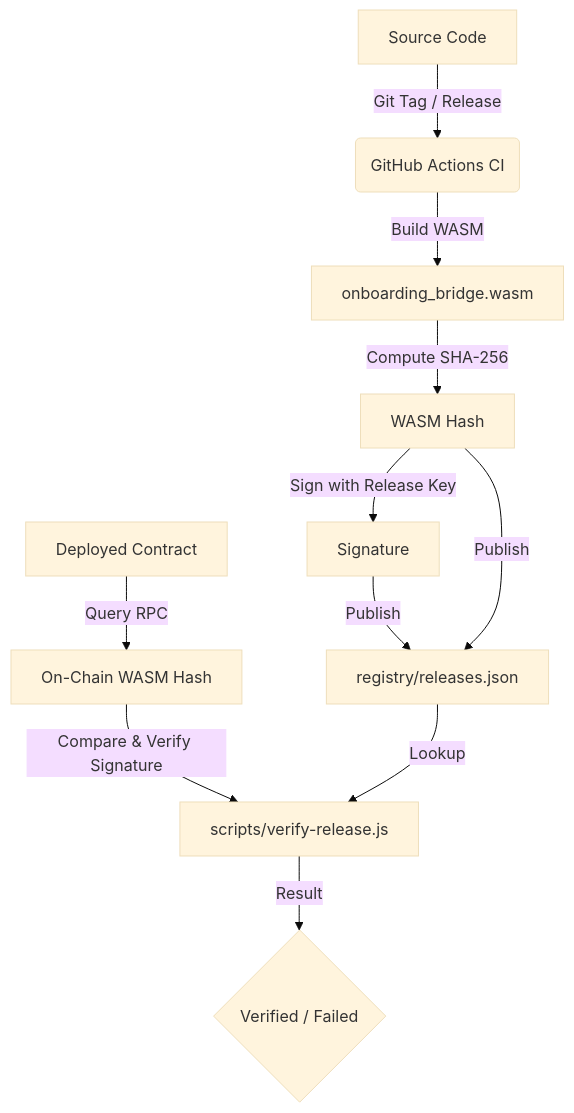
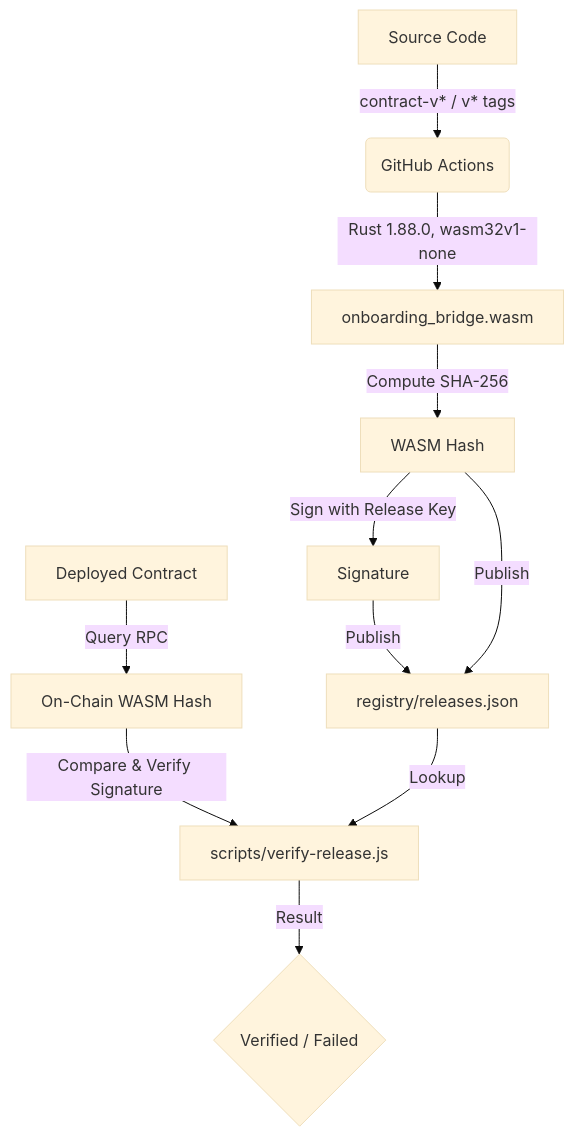
Before and after one commit to C-Address-Onboarding-Bridge/C-Address-Onboarding-Bridge--Contract: the diagram in WASM_VERIFICATION.md, drawn with Mermaid (base theme). The commit also changed other lines of this file and 5 other files, not shown here.

First line of the commit message:
fix(release): verify canonical Soroban WASM artifact

````diff
--- a/WASM_VERIFICATION.md
+++ b/WASM_VERIFICATION.md
@@ -11,13 +11,13 @@
 ```mermaid
 graph TD
-    A[Source Code] -->|Git Tag / Release| B(GitHub Actions CI)
-    B -->|Build WASM| C[onboarding_bridge.wasm]
+    A[Source Code] -->|contract-v* / v* tags| B(GitHub Actions)
+    B -->|Rust 1.88.0, wasm32v1-none| C[onboarding_bridge.wasm]
     C -->|Compute SHA-256| D[WASM Hash]
     D -->|Sign with Release Key| E[Signature]
     E -->|Publish| F[registry/releases.json]
     D -->|Publish| F
     G[Deployed Contract] -->|Query RPC| H[On-Chain WASM Hash]
     H -->|Compare & Verify Signature| I[scripts/verify-release.js]
     F -->|Lookup| I
     I -->|Result| J{Verified / Failed}
 ```
````
